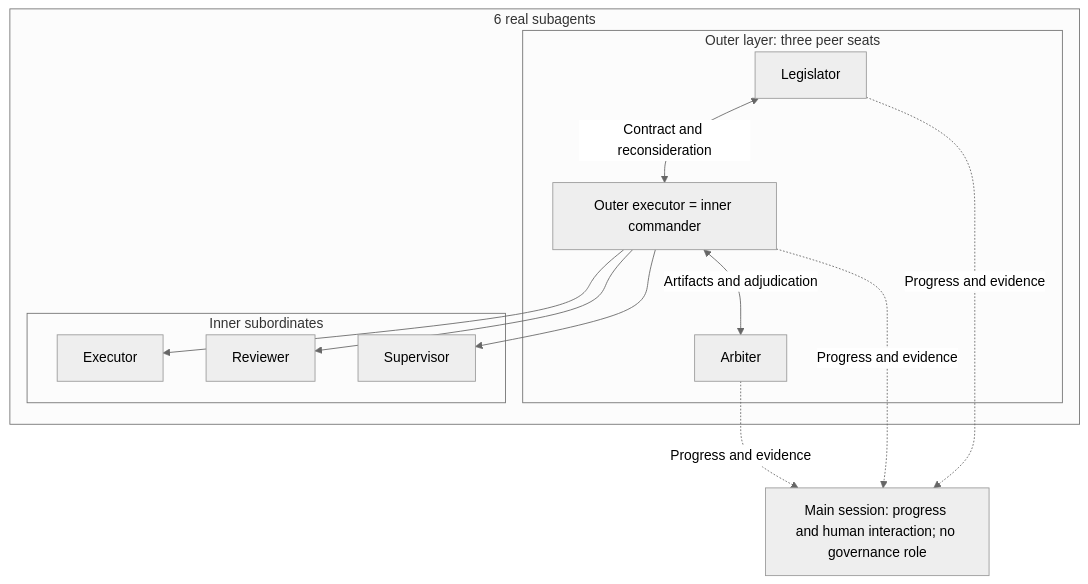
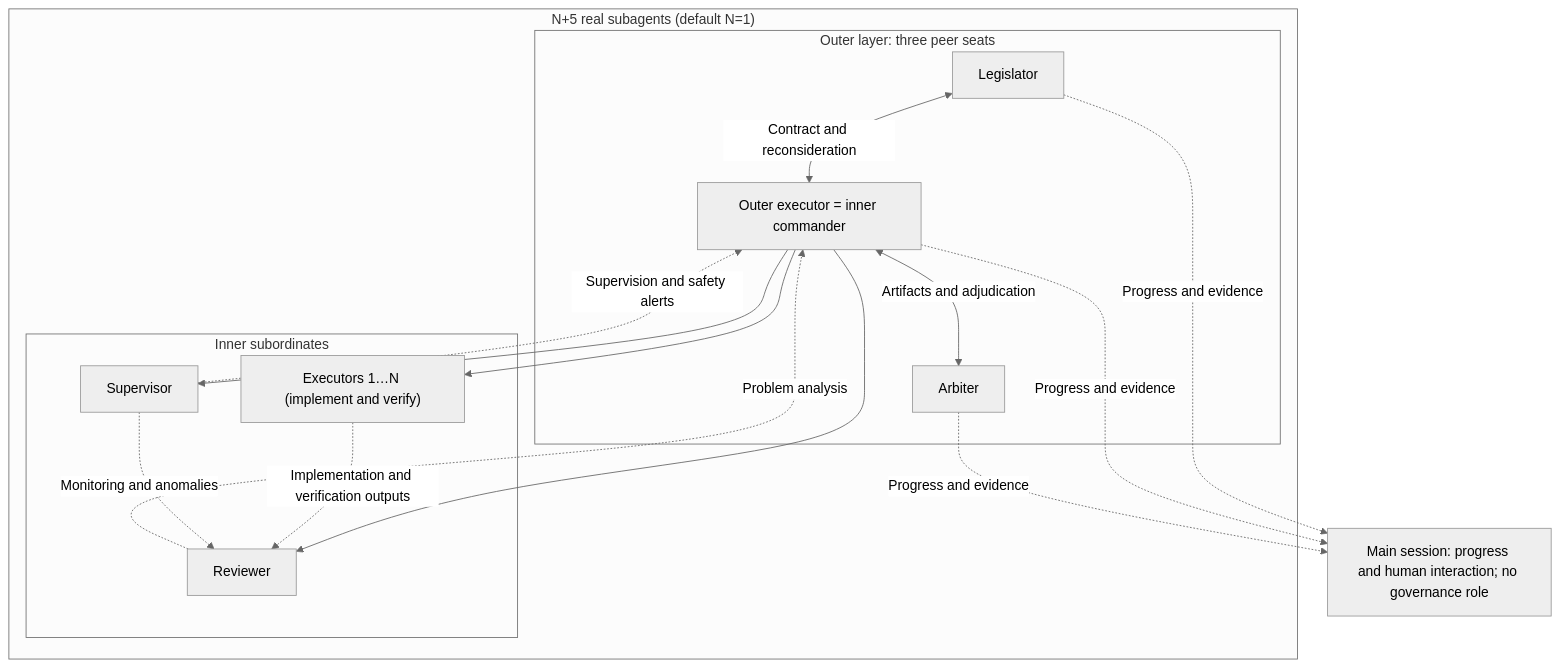
Before and after one commit to Geruyang/GAS-Agent-Skills: the third of 3 diagrams in README.en.md, drawn with Mermaid (neutral theme). The commit also changed other lines of this file and 62 other files, not shown here.

Commit message:
Release 2.0: configurable executors, evidence review and safety supervision

````diff
--- a/README.en.md
+++ b/README.en.md
@@ -115,24 +122,28 @@
 ```mermaid
 flowchart TB
     Main["Main session: progress and human interaction; no governance role"]
-    subgraph Team["6 real subagents"]
+    subgraph Team["N+5 real subagents (default N=1)"]
       subgraph Outer["Outer layer: three peer seats"]
         L["Legislator"]
         C["Outer executor = inner commander"]
         A["Arbiter"]
         L <-->|Contract and reconsideration| C
         C <-->|Artifacts and adjudication| A
       end
       subgraph Inner["Inner subordinates"]
-        E["Executor"]
+        E["Executors 1…N (implement and verify)"]
         R["Reviewer"]
         S["Supervisor"]
       end
       C --> E
       C --> R
       C --> S
+      E -.->|Implementation and verification outputs| R
+      S -.->|Monitoring and anomalies| R
+      R -.->|Problem analysis| C
+      S -.->|Supervision and safety alerts| C
     end
     L -.->|Progress and evidence| Main
     C -.->|Progress and evidence| Main
     A -.->|Progress and evidence| Main
 ```
````
